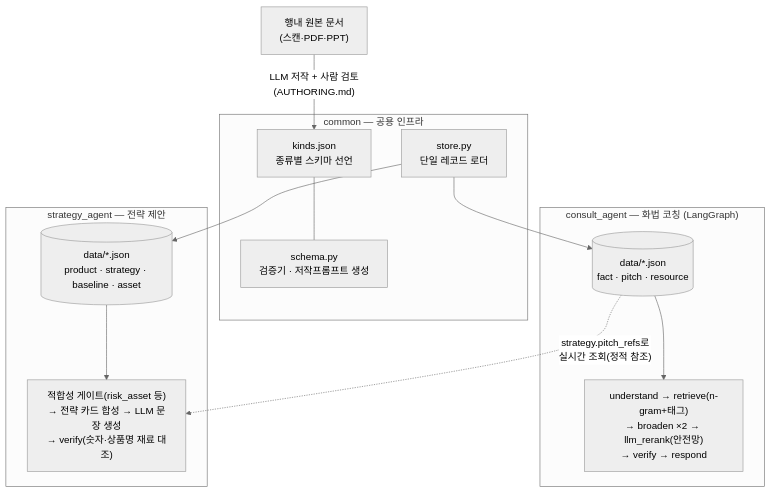
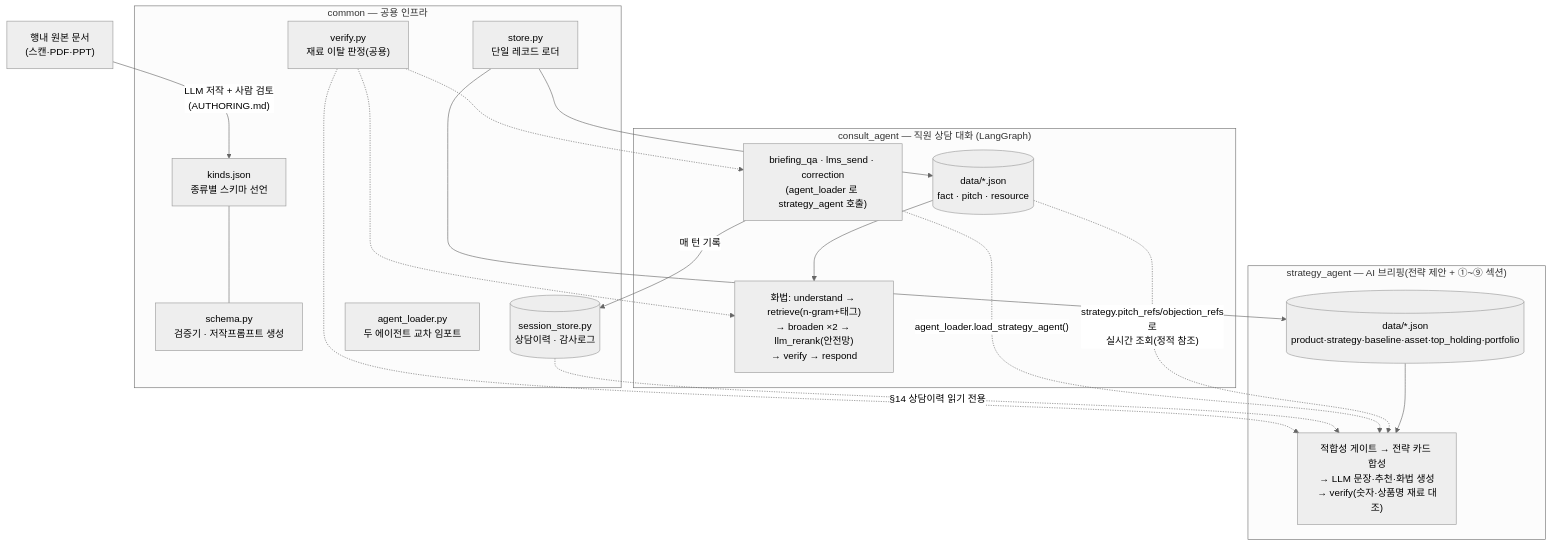
The diagram in src/README.md (09sunwoo-a/Pension_agent), drawn with Mermaid (neutral theme) before and after one commit. The commit also changed other lines of this file and 15 other files, not shown here.

````diff
--- a/src/README.md
+++ b/src/README.md
@@ -27,26 +27,36 @@
 ```mermaid
 flowchart TB
     DOC["행내 원본 문서<br/>(스캔·PDF·PPT)"] -->|"LLM 저작 + 사람 검토<br/>(AUTHORING.md)"| KINDS
 
     subgraph COMMON["common — 공용 인프라"]
         KINDS["kinds.json<br/>종류별 스키마 선언"]
         SCHEMA["schema.py<br/>검증기 · 저작프롬프트 생성"]
         STORE["store.py<br/>단일 레코드 로더"]
+        VERIFY["verify.py<br/>재료 이탈 판정(공용)"]
+        SESSION[("session_store.py<br/>상담이력 · 감사로그")]
+        LOADER["agent_loader.py<br/>두 에이전트 교차 임포트"]
         KINDS --- SCHEMA
     end
 
     STORE --> PDATA
     STORE --> SDATA
 
-    subgraph PITCH["consult_agent — 화법 코칭 (LangGraph)"]
+    subgraph CONSULT["consult_agent — 직원 상담 대화 (LangGraph)"]
         PDATA[("data/*.json<br/>fact · pitch · resource")]
-        PDATA --> FLOW1["understand → retrieve(n-gram+태그)<br/>→ broaden ×2 → llm_rerank(안전망)<br/>→ verify → respond"]
+        PDATA --> FLOW1["화법: understand → retrieve(n-gram+태그)<br/>→ broaden ×2 → llm_rerank(안전망)<br/>→ verify → respond"]
+        FLOW3["briefing_qa · lms_send · correction<br/>(agent_loader 로 strategy_agent 호출)"]
     end
 
-    subgraph STRATEGY["strategy_agent — 전략 제안"]
-        SDATA[("data/*.json<br/>product · strategy · baseline · asset")]
-        SDATA --> FLOW2["적합성 게이트(risk_asset 등)<br/>→ 전략 카드 합성 → LLM 문장 생성<br/>→ verify(숫자·상품명 재료 대조)"]
+    subgraph STRATEGY["strategy_agent — AI 브리핑(전략 제안 + ①~⑨ 섹션)"]
+        SDATA[("data/*.json<br/>product·strategy·baseline·asset·top_holding·portfolio")]
+        SDATA --> FLOW2["적합성 게이트 → 전략 카드 합성<br/>→ LLM 문장·추천·화법 생성<br/>→ verify(숫자·상품명 재료 대조)"]
     end
 
-    PDATA -.->|"strategy.pitch_refs로<br/>실시간 조회(정적 참조)"| FLOW2
+    PDATA -.->|"strategy.pitch_refs/objection_refs로<br/>실시간 조회(정적 참조)"| FLOW2
+    FLOW3 -.->|"agent_loader.load_strategy_agent()"| FLOW2
+    FLOW3 -->|"매 턴 기록"| SESSION
+    SESSION -.->|"§14 상담이력 읽기 전용"| FLOW2
+    VERIFY -.-> FLOW1
+    VERIFY -.-> FLOW2
+    VERIFY -.-> FLOW3
 ```
````
